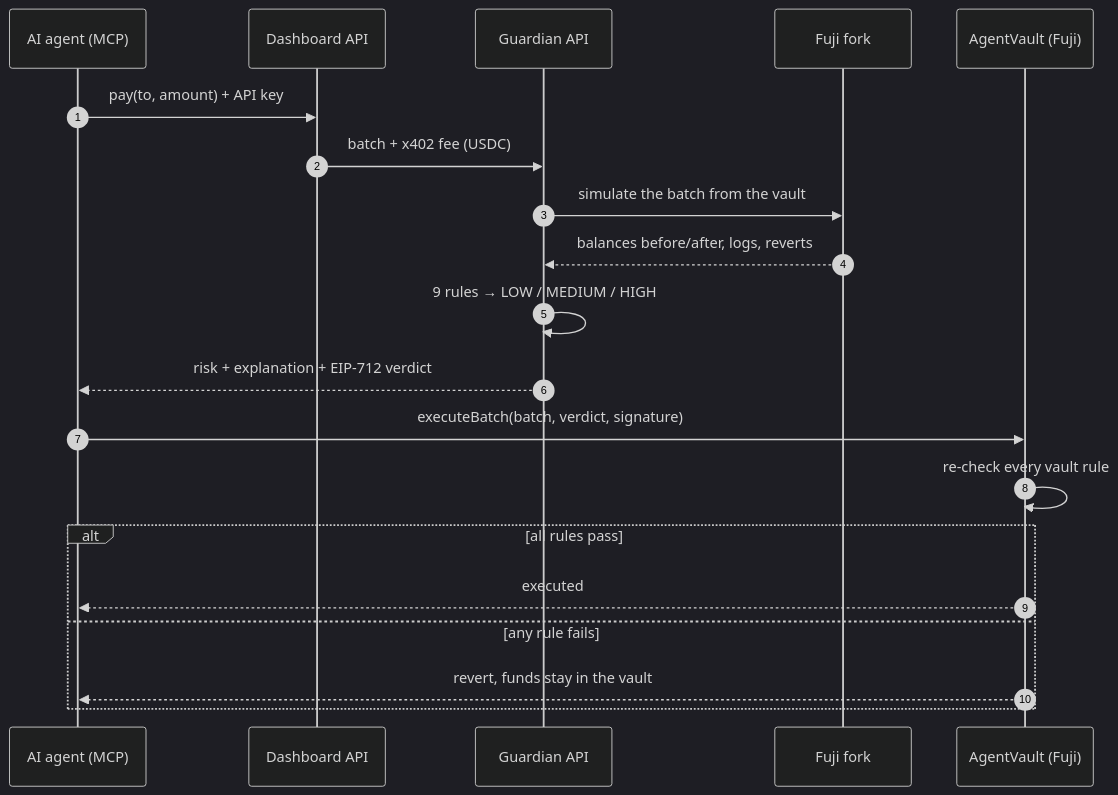
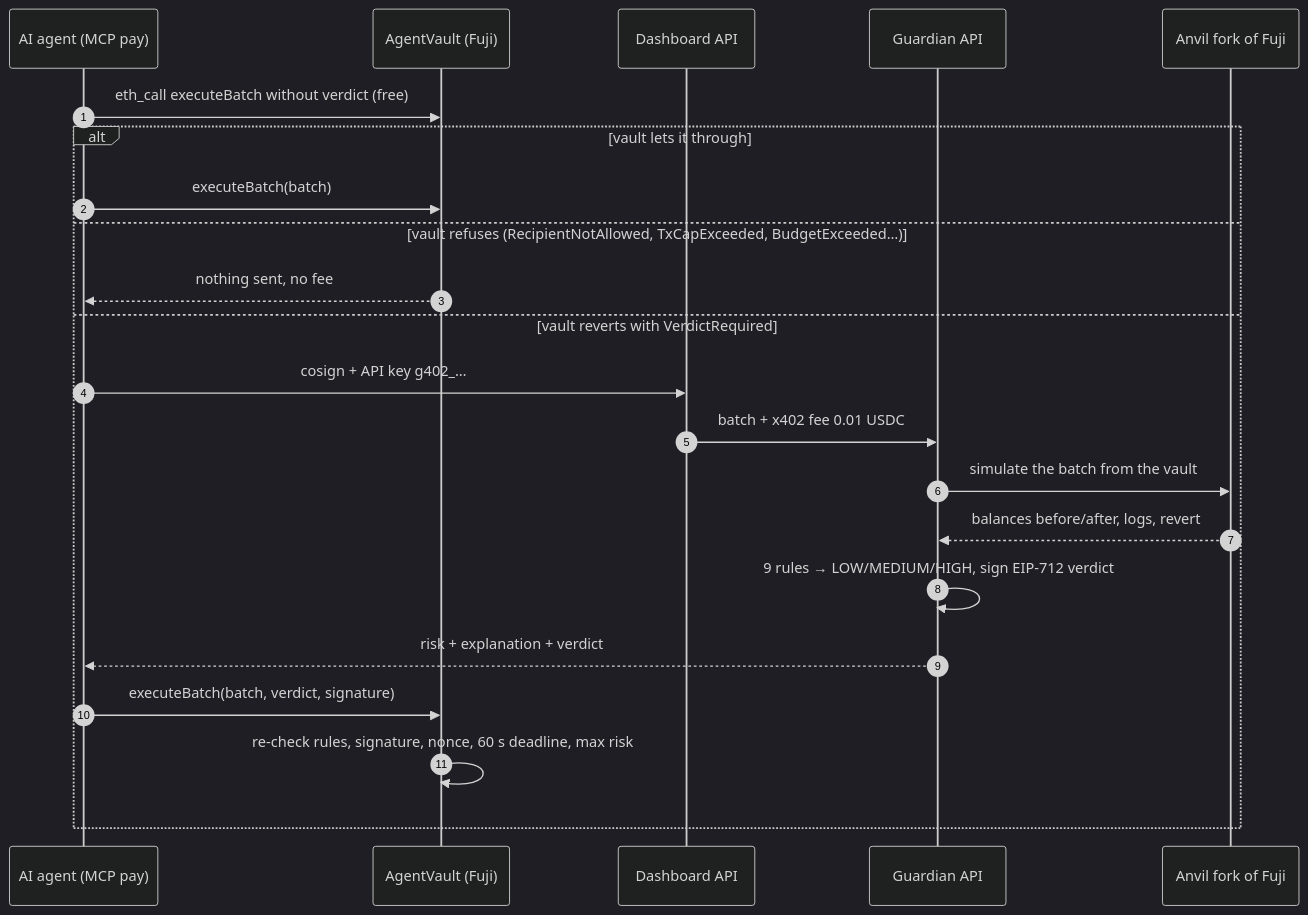
The diagram in README.en.md (surinatheworld/guardian402), drawn with Mermaid (dark theme) before and after one commit. The commit also changed other lines of this file and 1 other file, not shown here.

First line of the commit message:
docs(readme): restructure for reviewers, update figures and the pay flow

````diff
--- a/README.en.md
+++ b/README.en.md
@@ -72,22 +140,24 @@
 ```mermaid
 sequenceDiagram
     autonumber
-    participant A as AI agent (MCP)
+    participant A as AI agent (MCP pay)
+    participant V as AgentVault (Fuji)
     participant D as Dashboard API
     participant G as Guardian API
-    participant F as Fuji fork
-    participant V as AgentVault (Fuji)
-    A->>D: pay(to, amount) + API key
-    D->>G: batch + x402 fee (USDC)
-    G->>F: simulate the batch from the vault
-    F-->>G: balances before/after, logs, reverts
-    G->>G: 9 rules → LOW / MEDIUM / HIGH
-    G-->>A: risk + explanation + EIP-712 verdict
-    A->>V: executeBatch(batch, verdict, signature)
-    V->>V: re-check every vault rule
-    alt all rules pass
-        V-->>A: executed
-    else any rule fails
-        V-->>A: revert, funds stay in the vault
+    participant F as Anvil fork of Fuji
+    A->>V: eth_call executeBatch without verdict (free)
+    alt vault lets it through
+        A->>V: executeBatch(batch)
+    else vault refuses (RecipientNotAllowed, TxCapExceeded, BudgetExceeded…)
+        V-->>A: nothing sent, no fee
+    else vault reverts with VerdictRequired
+        A->>D: cosign + API key g402_…
+        D->>G: batch + x402 fee 0.01 USDC
+        G->>F: simulate the batch from the vault
+        F-->>G: balances before/after, logs, revert
+        G->>G: 9 rules → LOW/MEDIUM/HIGH, sign EIP-712 verdict
+        G-->>A: risk + explanation + verdict
+        A->>V: executeBatch(batch, verdict, signature)
+        V->>V: re-check rules, signature, nonce, 60 s deadline, max risk
     end
 ```
````
